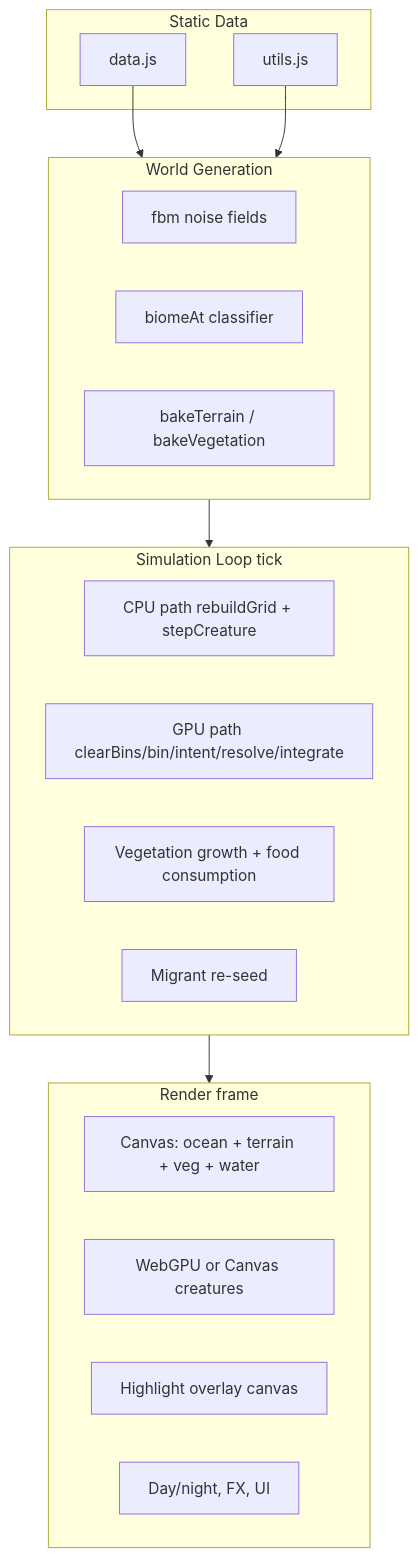
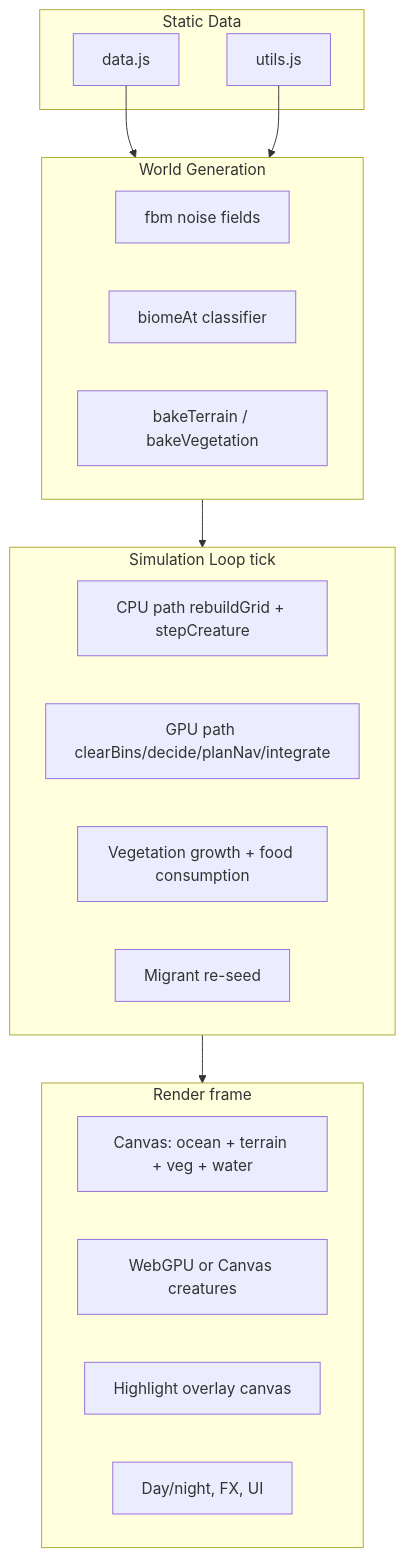
One commit to cashgarman/EcoSim changed the diagram in AGENTS.md. Above: the diagram before and after it, drawn with Mermaid. The commit also changed other lines of this file and 12 other files, not shown here.

First line of the commit message:
add grid pathfinding with CPU/GPU nav and passability masks

````diff
--- a/AGENTS.md
+++ b/AGENTS.md
@@ -48,28 +51,28 @@
 ```mermaid
 flowchart TB
   subgraph data [Static Data]
     datajs[data.js]
     utilsjs[utils.js]
   end
   subgraph gen [World Generation]
     fbm[fbm noise fields]
     biomeAt[biomeAt classifier]
     bake[bakeTerrain / bakeVegetation]
   end
   subgraph sim [Simulation Loop tick]
     cpuPath[CPU path rebuildGrid + stepCreature]
-    gpuPath[GPU path clearBins/bin/intent/resolve/integrate]
+    gpuPath[GPU path clearBins/decide/planNav/integrate]
     veg[Vegetation growth + food consumption]
     migrant[Migrant re-seed]
   end
   subgraph render [Render frame]
     terrain[Canvas: ocean + terrain + veg + water]
     gpu[WebGPU or Canvas creatures]
     highlights[Highlight overlay canvas]
     overlay[Day/night, FX, UI]
   end
   datajs --> gen
   utilsjs --> gen
   gen --> sim
   sim --> render
 ```
````
